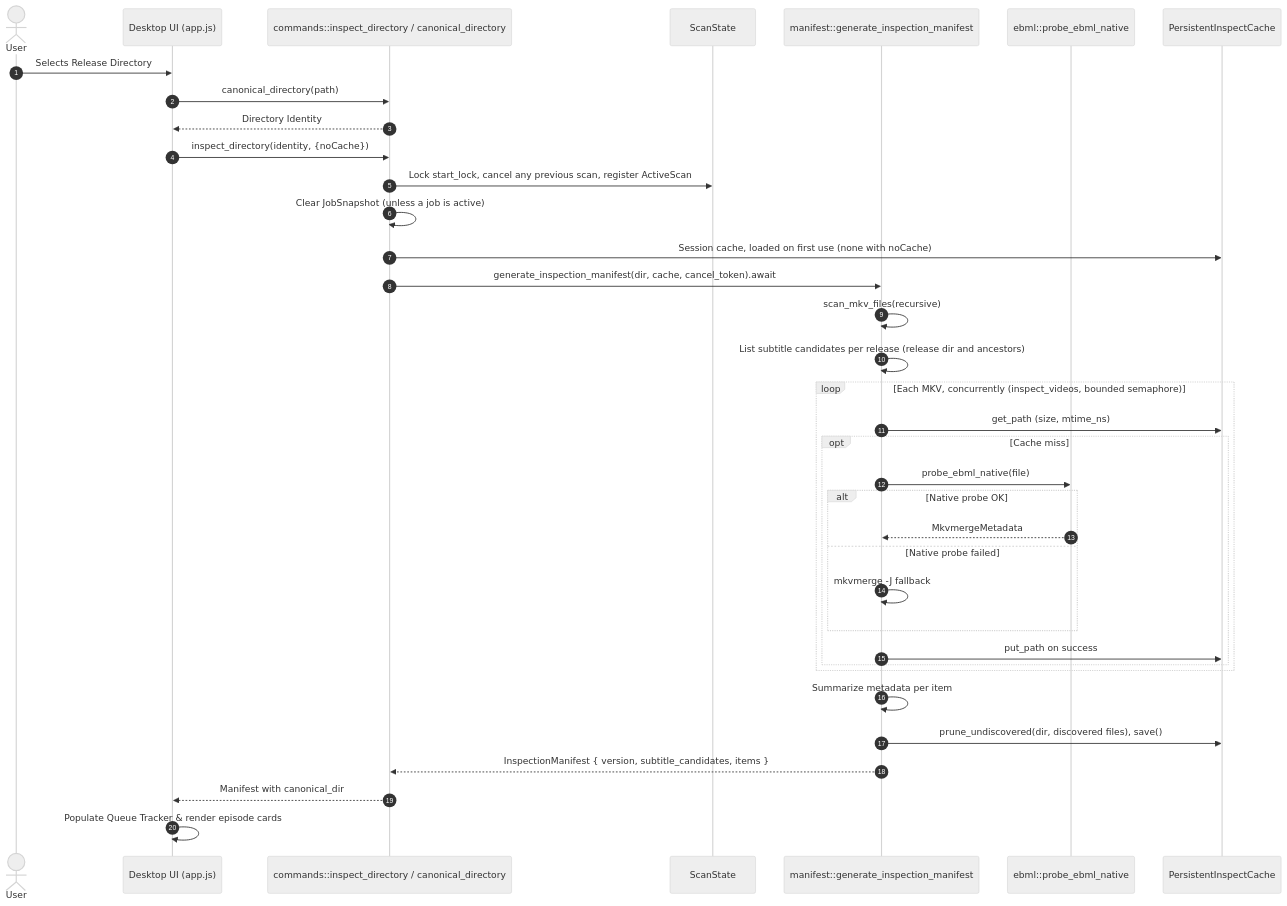
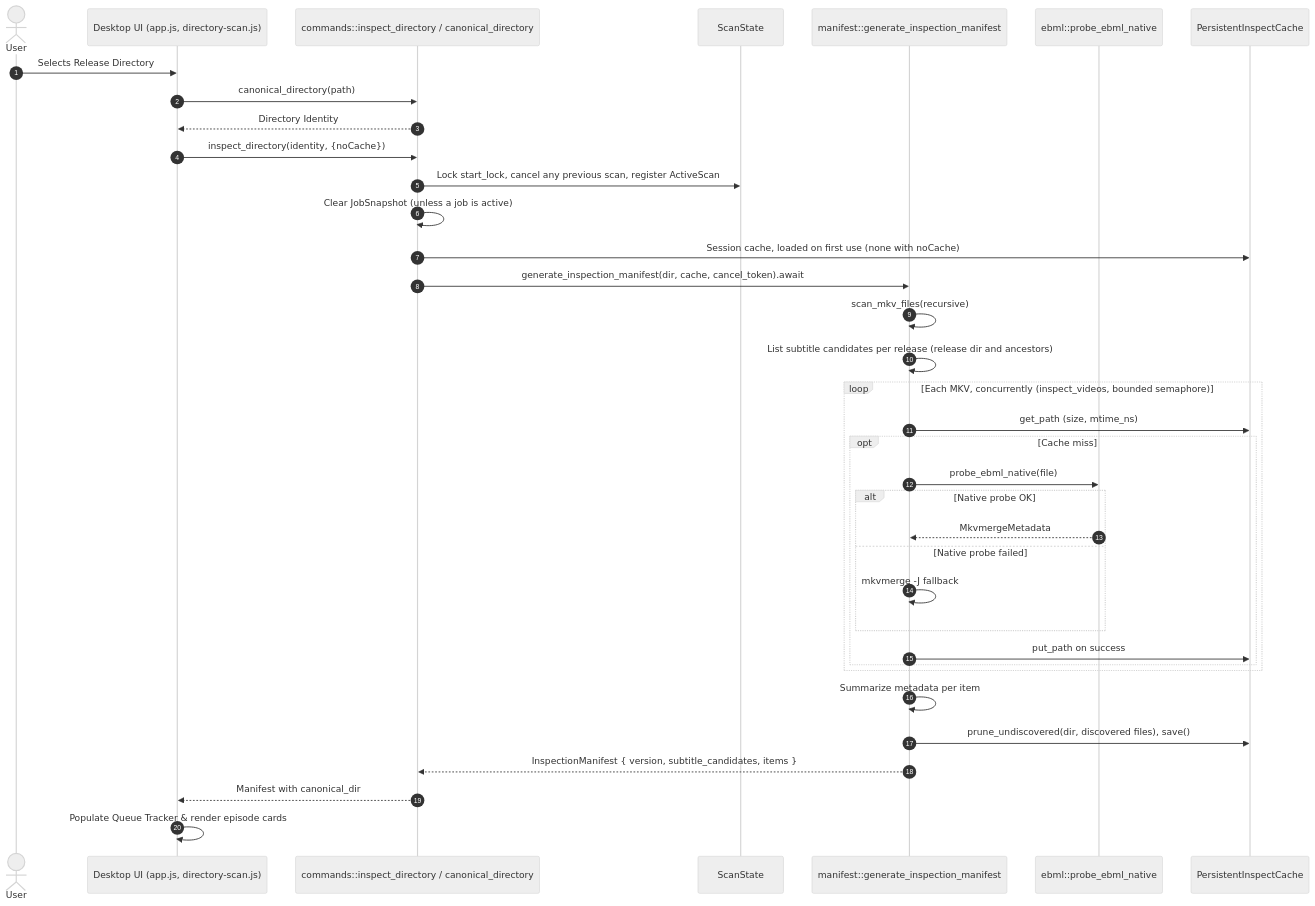
The seventh of 8 diagrams in architecture.md (Si-Forces/mkvanimebatch), drawn with Mermaid (neutral theme) before and after one commit. The commit also changed other lines of this file and 5 other files, not shown here.

First line of the commit message:
refactor(desktop): pull the directory scan out of app.js (#73)

````diff
--- a/architecture.md
+++ b/architecture.md
@@ -594,39 +597,39 @@
 ```mermaid
 sequenceDiagram
     autonumber
     actor User
-    participant UI as Desktop UI (app.js)
+    participant UI as Desktop UI (app.js, directory-scan.js)
     participant Cmd as commands::inspect_directory / canonical_directory
     participant Scan as ScanState
     participant Core as manifest::generate_inspection_manifest
     participant EBML as ebml::probe_ebml_native
     participant Cache as PersistentInspectCache
 
     User->>UI: Selects Release Directory
     UI->>Cmd: canonical_directory(path)
     Cmd-->>UI: Directory Identity
     UI->>Cmd: inspect_directory(identity, {noCache})
     Cmd->>Scan: Lock start_lock, cancel any previous scan, register ActiveScan
     Cmd->>Cmd: Clear JobSnapshot (unless a job is active)
     Cmd->>Cache: Session cache, loaded on first use (none with noCache)
     Cmd->>Core: generate_inspection_manifest(dir, cache, cancel_token).await
     Core->>Core: scan_mkv_files(recursive)
     Core->>Core: List subtitle candidates per release (release dir and ancestors)
     loop Each MKV, concurrently (inspect_videos, bounded semaphore)
         Core->>Cache: get_path (size, mtime_ns)
         opt Cache miss
             Core->>EBML: probe_ebml_native(file)
             alt Native probe OK
                 EBML-->>Core: MkvmergeMetadata
             else Native probe failed
                 Core->>Core: mkvmerge -J fallback
             end
             Core->>Cache: put_path on success
         end
     end
     Core->>Core: Summarize metadata per item
     Core->>Cache: prune_undiscovered(dir, discovered files), save()
     Core-->>Cmd: InspectionManifest { version, subtitle_candidates, items }
     Cmd-->>UI: Manifest with canonical_dir
     UI->>UI: Populate Queue Tracker & render episode cards
 ```
````
